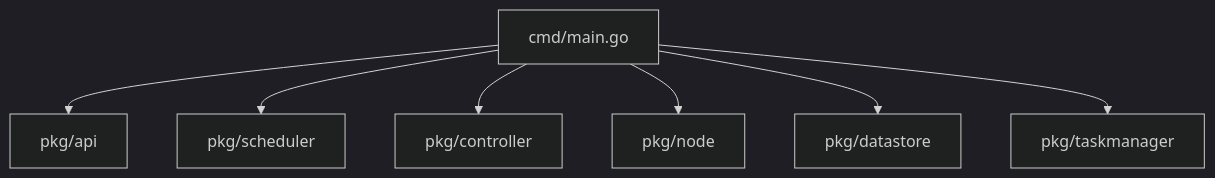
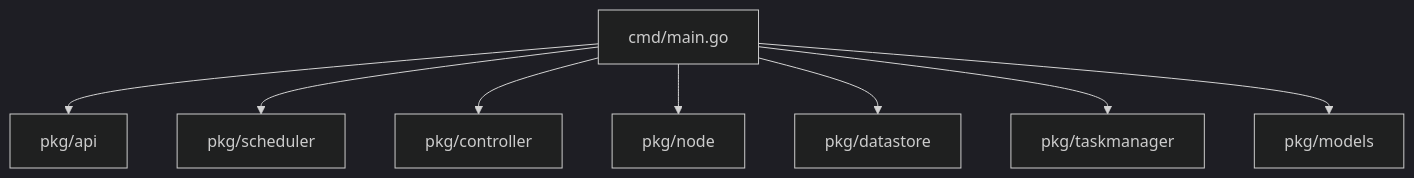
One commit to fntkg/container-orchestrator changed the third of 3 diagrams in README.md. Above: the diagram before and after it, drawn with Mermaid (dark theme).

````diff
--- a/README.md
+++ b/README.md
@@ -132,9 +132,10 @@
 ```mermaid
 graph TD
     A[cmd/main.go] --> B[pkg/api]
     A --> C[pkg/scheduler]
     A --> D[pkg/controller]
     A --> E[pkg/node]
     A --> F[pkg/datastore]
     A --> G[pkg/taskmanager]
+    A --> H[pkg/models]
 ```
````
